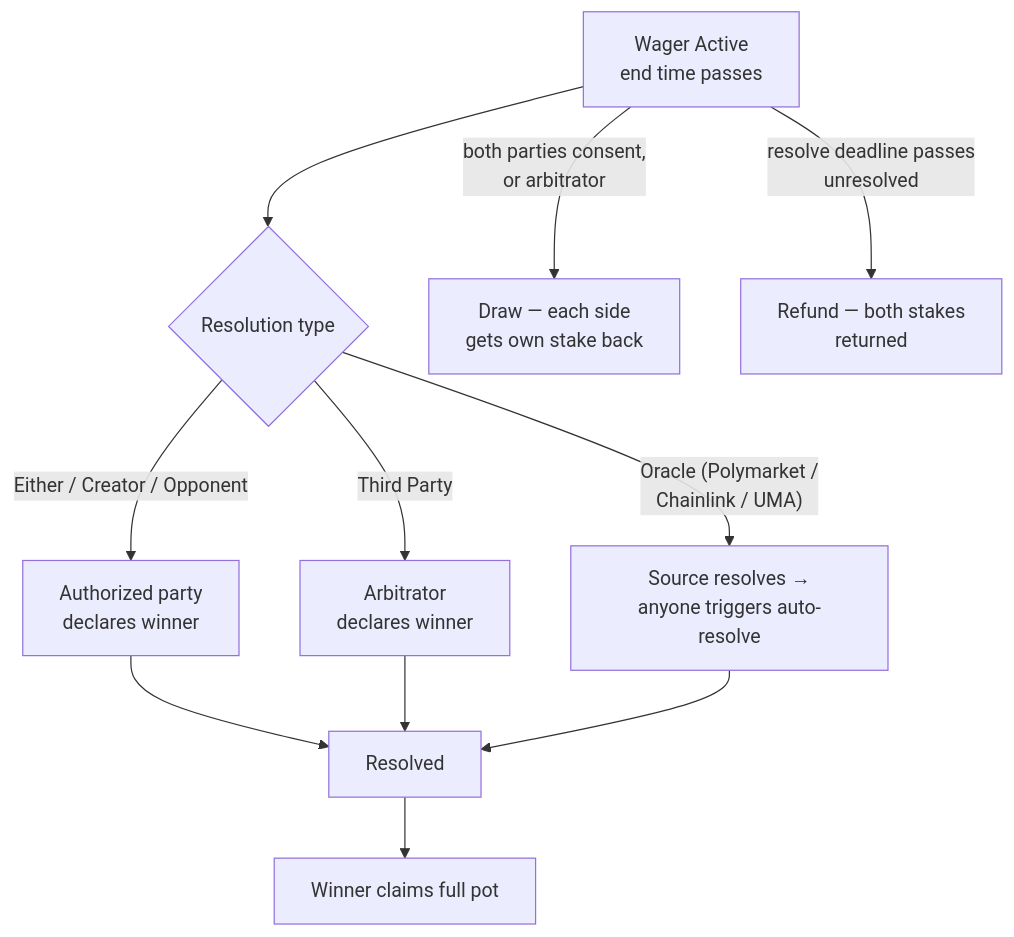
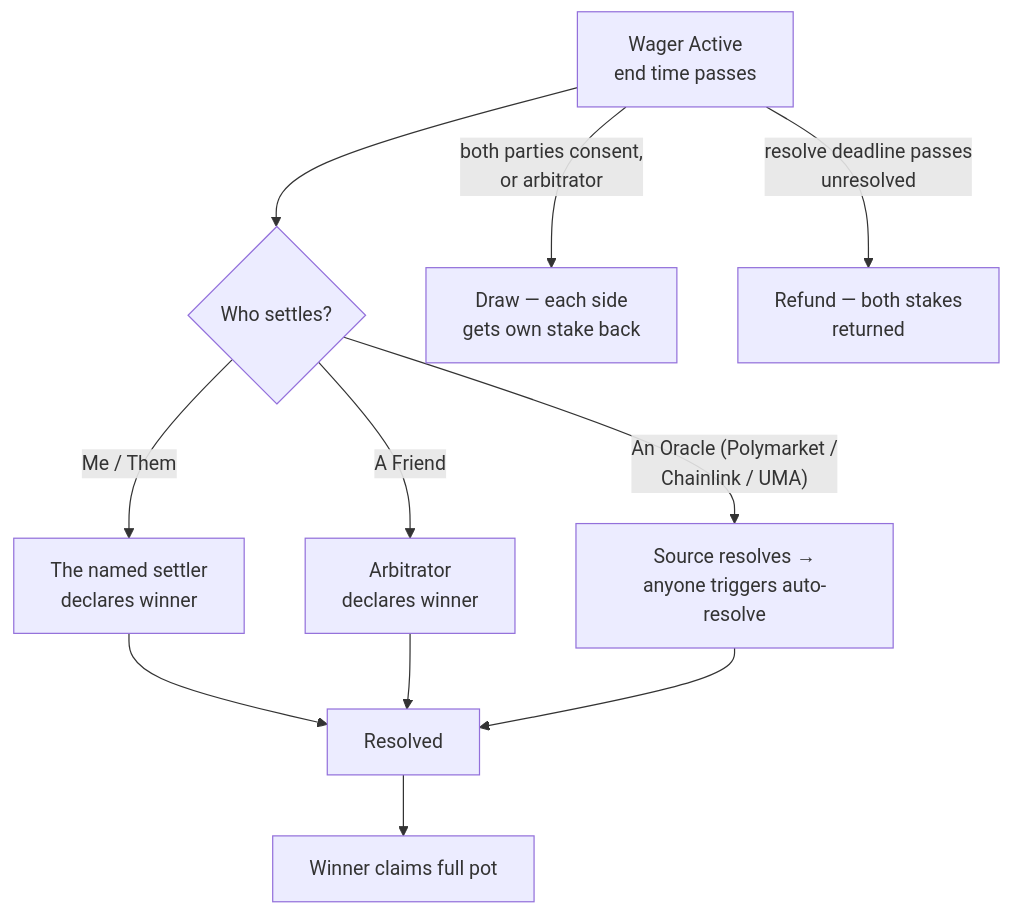
The diagram in docs/user-guide/resolve-wager.md (chippr-robotics/prediction-dao-research), drawn with Mermaid before and after one commit. The commit also changed other lines of this file and 23 other files, not shown here.

````diff
--- a/docs/user-guide/resolve-wager.md
+++ b/docs/user-guide/resolve-wager.md
@@ -9,11 +9,11 @@
 ```mermaid
 flowchart TD
-    A[Wager Active<br/>end time passes] --> B{Resolution type}
-    B -->|Either / Creator / Opponent| C[Authorized party<br/>declares winner]
-    B -->|Third Party| D[Arbitrator<br/>declares winner]
-    B -->|"Oracle (Polymarket /<br/>Chainlink / UMA)"| E[Source resolves →<br/>anyone triggers auto-resolve]
+    A[Wager Active<br/>end time passes] --> B{Who settles?}
+    B -->|Me / Them| C[The named settler<br/>declares winner]
+    B -->|A Friend| D[Arbitrator<br/>declares winner]
+    B -->|"An Oracle (Polymarket /<br/>Chainlink / UMA)"| E[Source resolves →<br/>anyone triggers auto-resolve]
     C & D & E --> F[Resolved]
     F --> G[Winner claims full pot]
     A -->|both parties consent,<br/>or arbitrator| H[Draw — each side<br/>gets own stake back]
     A -->|resolve deadline passes<br/>unresolved| I[Refund — both stakes<br/>returned]
 ```
````
